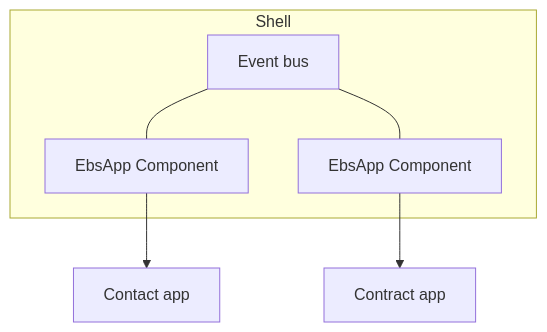
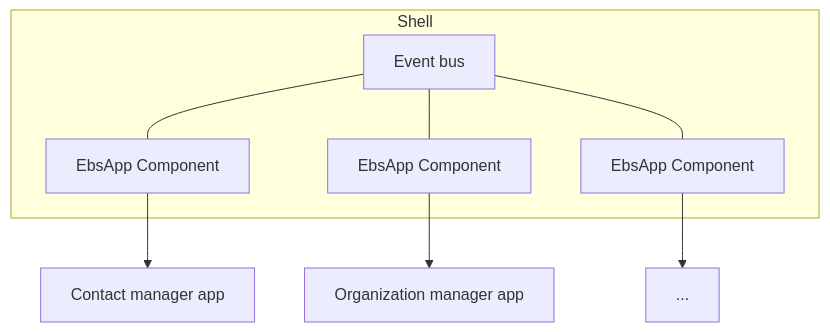
The diagram in src/docs/shell.mmd (energicos/EBS_microfrontend_concept), drawn with Mermaid before and after one commit. The commit also changed 8 other files, not shown here.

```diff
--- a/src/docs/shell.mmd
+++ b/src/docs/shell.mmd
@@ -1,21 +1,27 @@
 graph TB
 
 subgraph Shell
 
 EventBus[Event bus]
 
 ebsapp1[EbsApp Component]
 
 ebsapp2[EbsApp Component]
 
+ebsapp3[EbsApp Component]
+
 EventBus --- ebsapp1
 
 EventBus --- ebsapp2
 
+EventBus --- ebsapp3
+
 end
 
-contacts[Contact app]
-contracts[Contract app]
+contacts[Contact manager app]
+organization[Organization manager app]
+other[...]
 
 ebsapp1-->contacts
-ebsapp2-->contracts
+ebsapp2-->organization
+ebsapp3-->other
```
